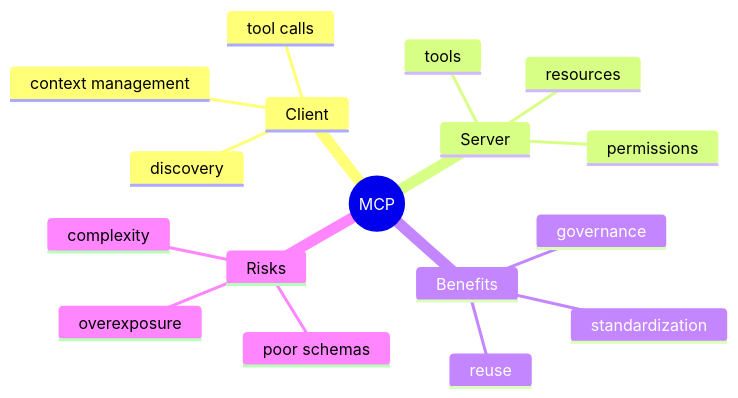
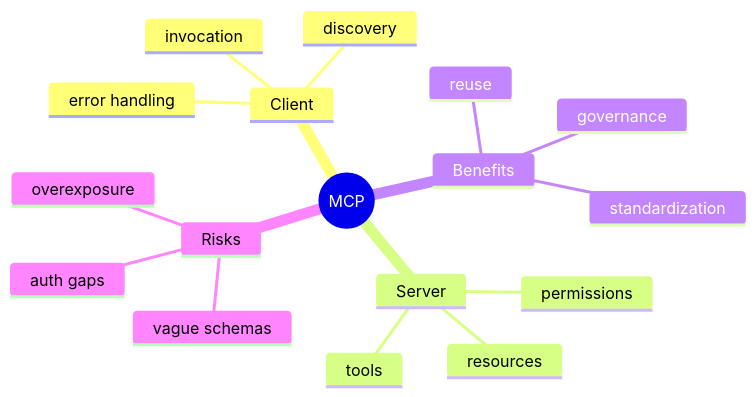
Before and after one commit to Asabeneh/30-Days-Of-AI-Engineering: the eighth of 13 diagrams in day_25/day_25_model_context_protocol_mcp.md, drawn with Mermaid. The commit also changed other lines of this file and 49 other files, not shown here.

````diff
--- a/day_25/day_25_model_context_protocol_mcp.md
+++ b/day_25/day_25_model_context_protocol_mcp.md
@@ -215,20 +320,20 @@
 ```mermaid
 mindmap
     root((MCP))
         Client
             discovery
-            tool calls
-            context management
+            invocation
+            error handling
         Server
             tools
             resources
             permissions
         Benefits
             reuse
             standardization
             governance
         Risks
             overexposure
-            complexity
-            poor schemas
+            vague schemas
+            auth gaps
 ```
````
